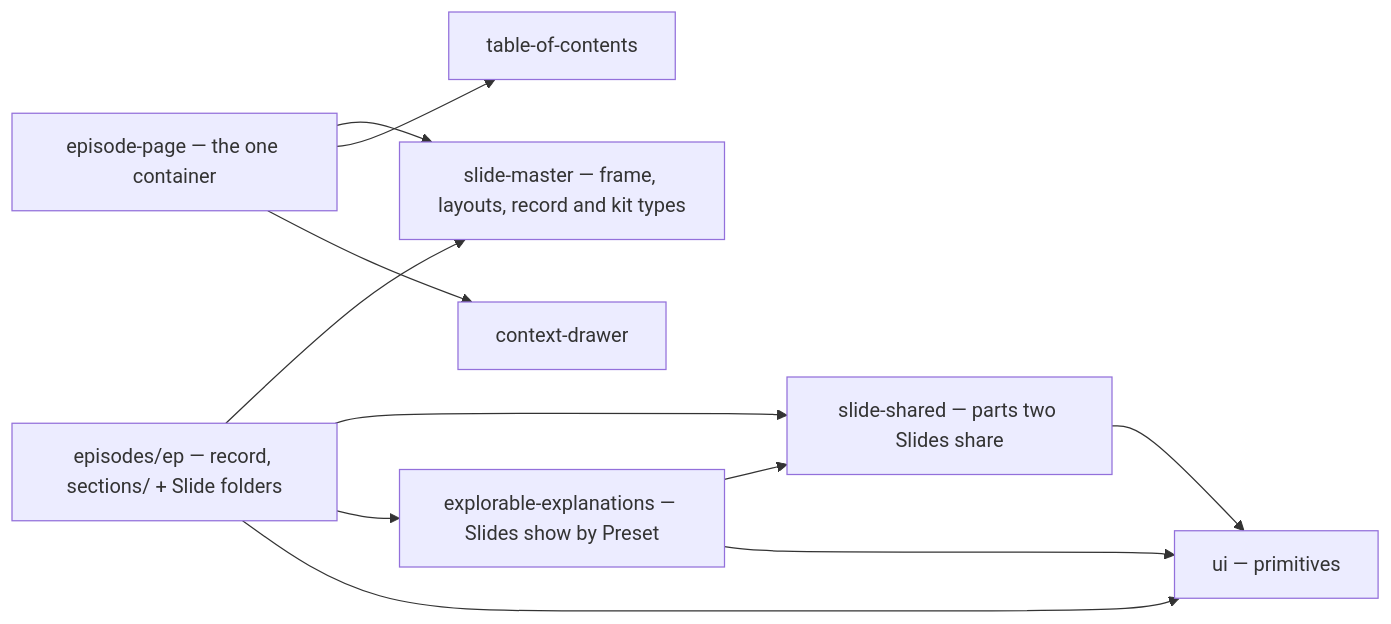
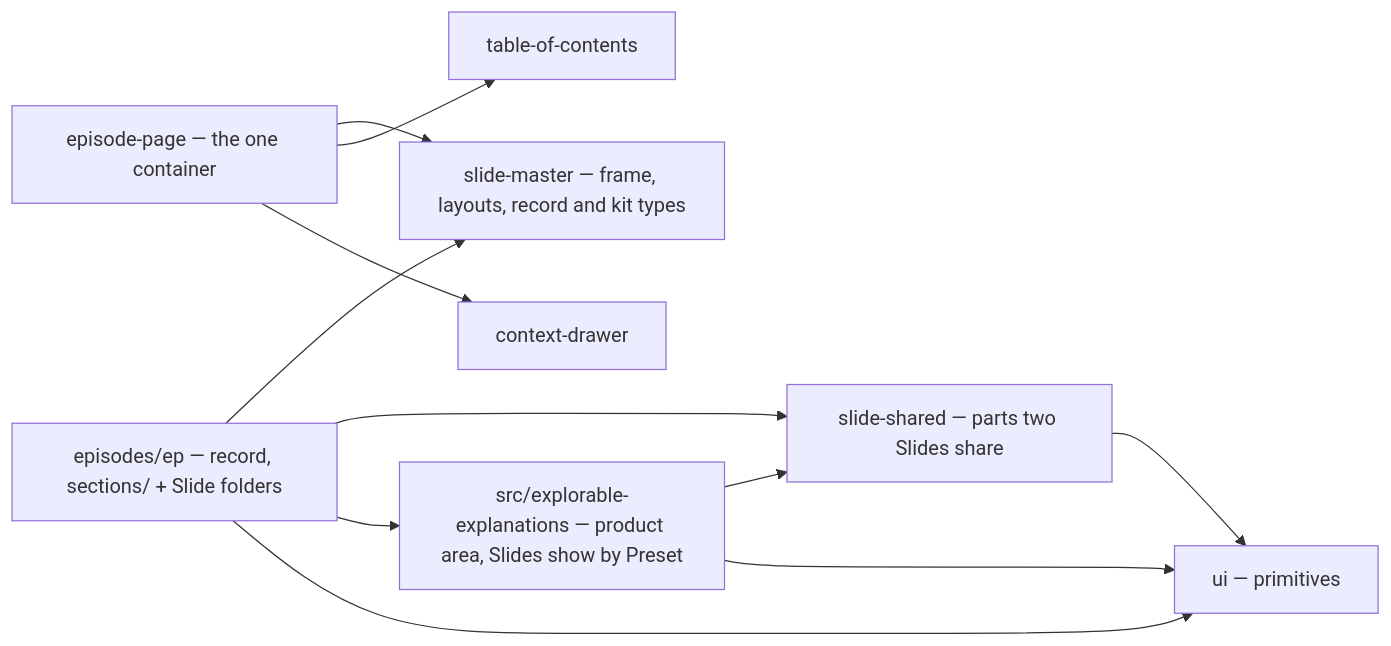
One commit to hancrafted/content-library changed the second of 5 diagrams in .archgate/adrs/FE-004-slide-architecture.md. Above: the diagram before and after it, drawn with Mermaid. The commit also changed other lines of this file and 226 other files, not shown here.

````diff
--- a/.archgate/adrs/FE-004-slide-architecture.md
+++ b/.archgate/adrs/FE-004-slide-architecture.md
@@ -33,13 +33,13 @@
 ```mermaid
 flowchart LR
   ep["episodes/ep — record, sections/ + Slide folders"] --> master["slide-master — frame, layouts, record and kit types"]
   ep --> shared["slide-shared — parts two Slides share"]
-  ep --> explain["explorable-explanations — Slides show by Preset"]
+  ep --> explain["src/explorable-explanations — product area, Slides show by Preset"]
   explain --> shared
   explain --> ui
   ep --> ui["ui — primitives"]
   shared --> ui
   container["episode-page — the one container"] --> master
   container --> toc["table-of-contents"]
   container --> drawer["context-drawer"]
 ```
````
